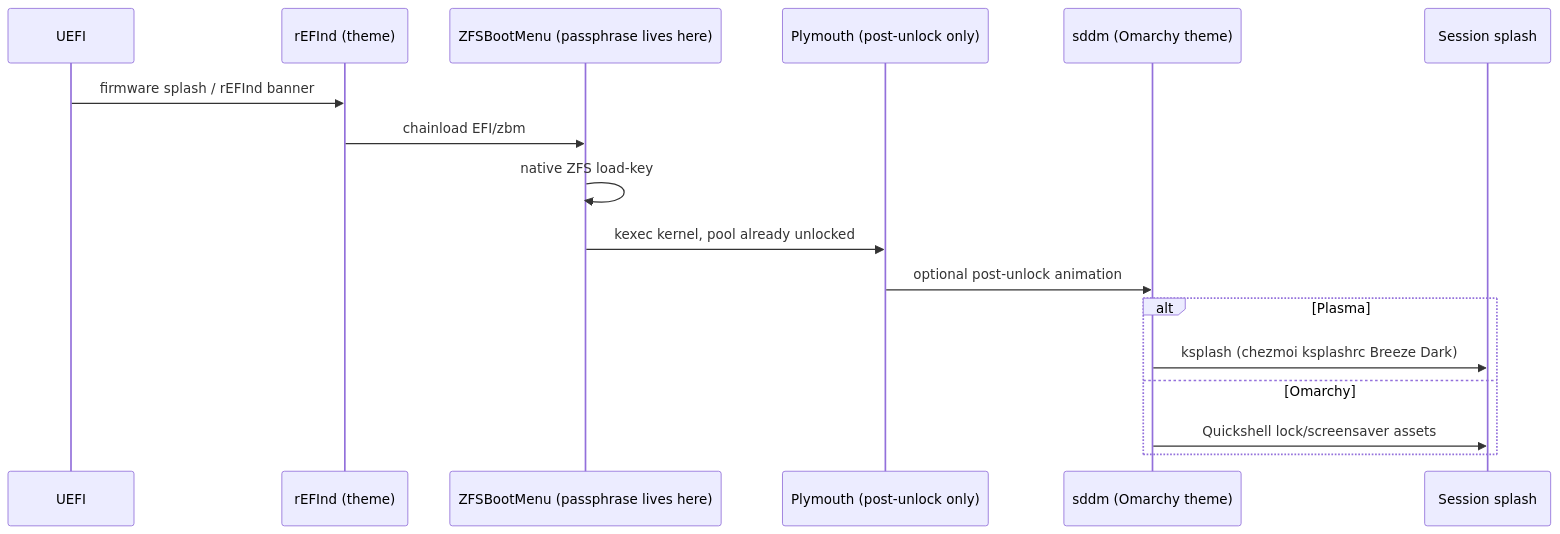
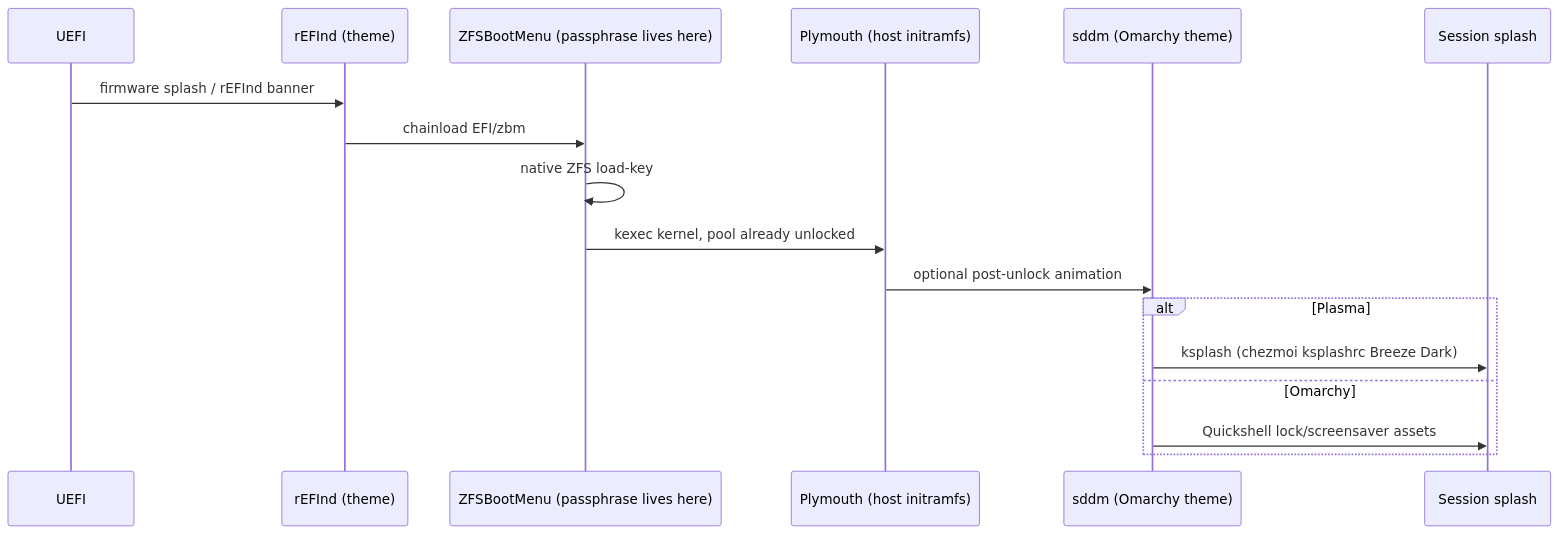
The third of 3 diagrams in docs/monarchy.md (dieuwedeboer/dotfiles), drawn with Mermaid before and after one commit. The commit also changed other lines of this file and 17 other files, not shown here.

````diff
--- a/docs/monarchy.md
+++ b/docs/monarchy.md
@@ -547,19 +547,19 @@
 ```mermaid
 sequenceDiagram
   participant FW as UEFI
   participant R as rEFInd (theme)
   participant Z as ZFSBootMenu (passphrase lives here)
-  participant P as Plymouth (post-unlock only)
+  participant P as Plymouth (host initramfs)
   participant G as sddm (Omarchy theme)
   participant S as Session splash
   FW->>R: firmware splash / rEFInd banner
   R->>Z: chainload EFI/zbm
   Z->>Z: native ZFS load-key
   Z->>P: kexec kernel, pool already unlocked
   P->>G: optional post-unlock animation
   alt Plasma
     G->>S: ksplash (chezmoi ksplashrc Breeze Dark)
   else Omarchy
     G->>S: Quickshell lock/screensaver assets
   end
 ```
````
